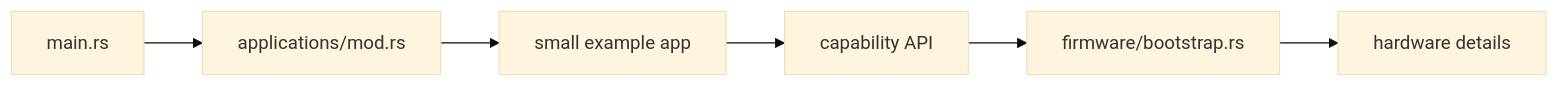
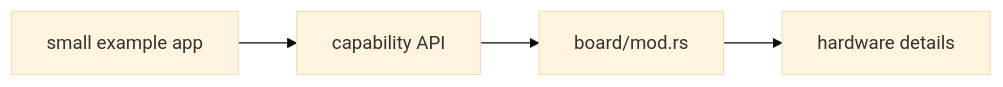
Before and after one commit to wackazong/hackandhike-2026: diagram 12 of 12 in README.md, drawn with Mermaid (base theme). The commit also changed other lines of this file and 1 other file, not shown here.

````diff
--- a/README.md
+++ b/README.md
@@ -1236,8 +1057,6 @@
 ```mermaid
 flowchart LR
-    Main["main.rs"] --> Selector["applications/mod.rs"]
-    Selector --> Small["small example app"]
-    Small --> Cap["capability API"]
-    Cap --> Boot["firmware/bootstrap.rs"]
+    Small["small example app"] --> Cap["capability API"]
+    Cap --> Boot["board/mod.rs"]
     Boot --> Driver["hardware details"]
 ```
````
